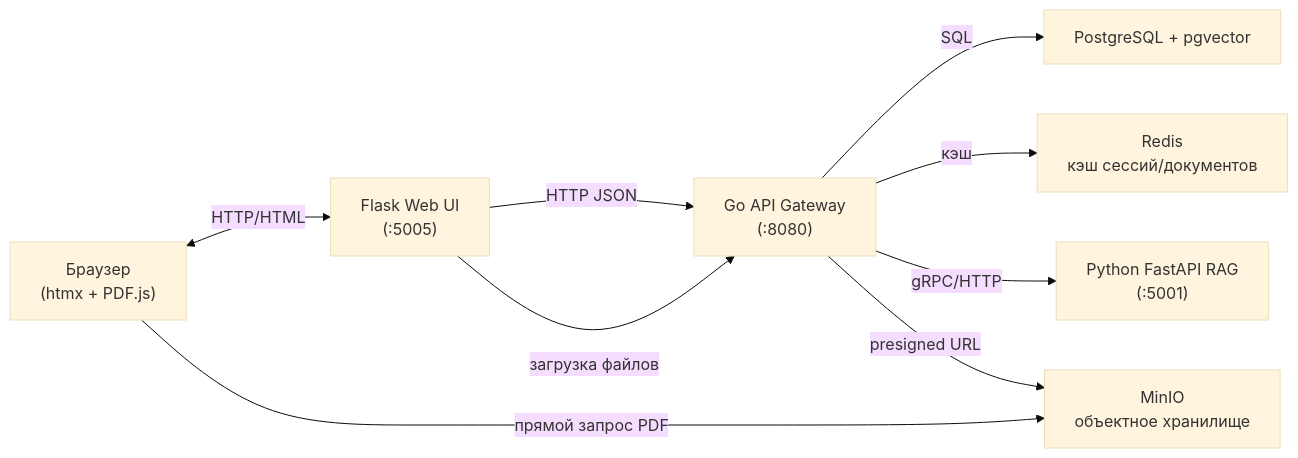
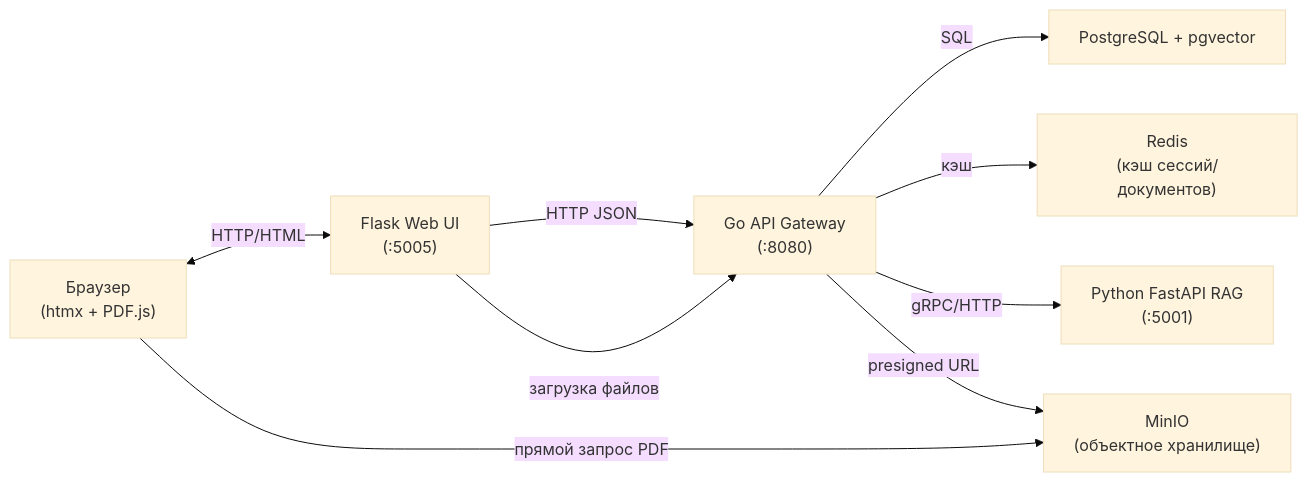
Before and after one commit to AndB0ndar/doc-archive: the diagram in README.md, drawn with Mermaid (base theme).

````diff
--- a/README.md
+++ b/README.md
@@ -24,24 +24,21 @@
 ```mermaid
 flowchart LR
-    Browser["Браузер
-(htmx + PDF.js)"]
+    Browser["Браузер\n(htmx + PDF.js)"]
     WebUI["Flask Web UI
 (:5005)"]
     GoAPI["Go API Gateway
 (:8080)"]
     Postgres["PostgreSQL + pgvector"]
-    Redis["Redis
-кэш сессий/документов"]
-    RAG["Python FastAPI RAG
-(:5001)"]
-    MinIO["MinIO\nобъектное хранилище"]
+    Redis["Redis\n(кэш сессий/документов)"]
+    RAG["Python FastAPI RAG\n(:5001)"]
+    MinIO["MinIO\n(объектное хранилище)"]
 
     Browser <-->|HTTP/HTML| WebUI
     WebUI -->|HTTP JSON| GoAPI
     GoAPI -->|SQL| Postgres
     GoAPI -->|кэш| Redis
     GoAPI -->|gRPC/HTTP| RAG
     GoAPI -->|presigned URL| MinIO
     WebUI -->|загрузка файлов| GoAPI
     Browser -->|прямой запрос PDF| MinIO
 ```
````
